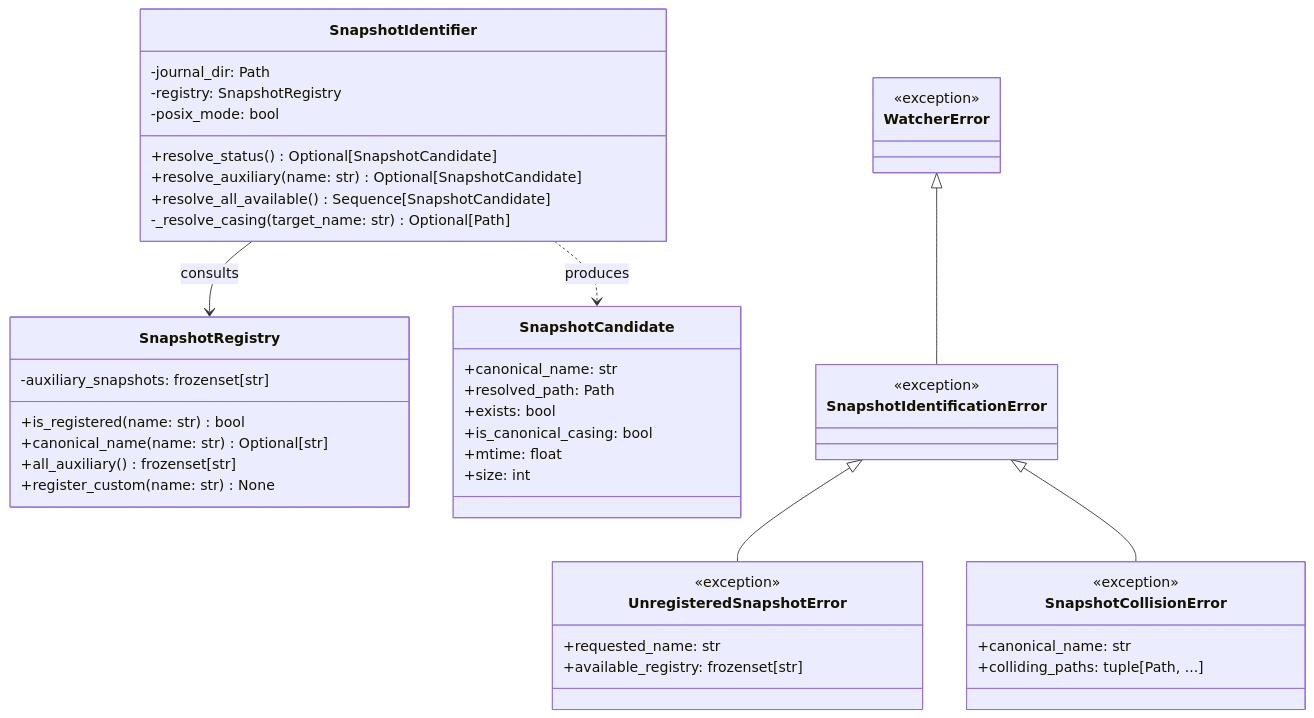
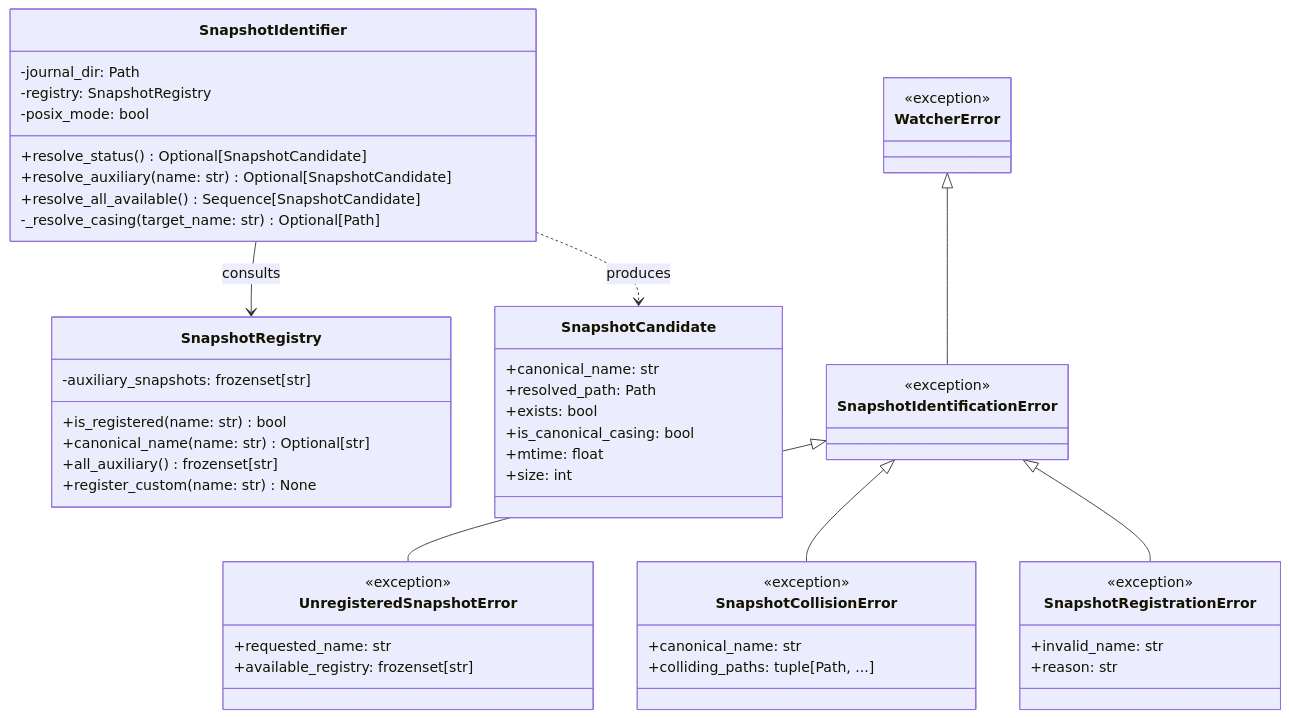
The first of 3 diagrams in architecture/designs/0005_status_and_snapshot_file_identification.md (mnaatjes/ed-telemetry), drawn with Mermaid before and after one commit. The commit also changed other lines of this file, not shown here.

Commit message:
docs(designs): add registration security invariants to SDD-005

````diff
--- a/architecture/designs/0005_status_and_snapshot_file_identification.md
+++ b/architecture/designs/0005_status_and_snapshot_file_identification.md
@@ -51,57 +51,64 @@
 ```mermaid
 classDiagram
     direction TB
 
     class SnapshotRegistry {
         -auxiliary_snapshots: frozenset[str]
         +is_registered(name: str) bool
         +canonical_name(name: str) Optional[str]
         +all_auxiliary() frozenset[str]
         +register_custom(name: str) None
     }
 
     class SnapshotCandidate {
         +canonical_name: str
         +resolved_path: Path
         +exists: bool
         +is_canonical_casing: bool
         +mtime: float
         +size: int
     }
 
     class SnapshotIdentifier {
         -journal_dir: Path
         -registry: SnapshotRegistry
         -posix_mode: bool
         +resolve_status() Optional[SnapshotCandidate]
         +resolve_auxiliary(name: str) Optional[SnapshotCandidate]
         +resolve_all_available() Sequence[SnapshotCandidate]
         -_resolve_casing(target_name: str) Optional[Path]
     }
 
     class WatcherError {
         <<exception>>
     }
 
     class SnapshotIdentificationError {
         <<exception>>
     }
 
     class UnregisteredSnapshotError {
         <<exception>>
         +requested_name: str
         +available_registry: frozenset[str]
     }
 
     class SnapshotCollisionError {
         <<exception>>
         +canonical_name: str
         +colliding_paths: tuple[Path, ...]
     }
 
+    class SnapshotRegistrationError {
+        <<exception>>
+        +invalid_name: str
+        +reason: str
+    }
+
     WatcherError <|-- SnapshotIdentificationError
     SnapshotIdentificationError <|-- UnregisteredSnapshotError
     SnapshotIdentificationError <|-- SnapshotCollisionError
+    SnapshotIdentificationError <|-- SnapshotRegistrationError
     SnapshotIdentifier --> SnapshotRegistry : consults
     SnapshotIdentifier ..> SnapshotCandidate : produces
 ```
````
